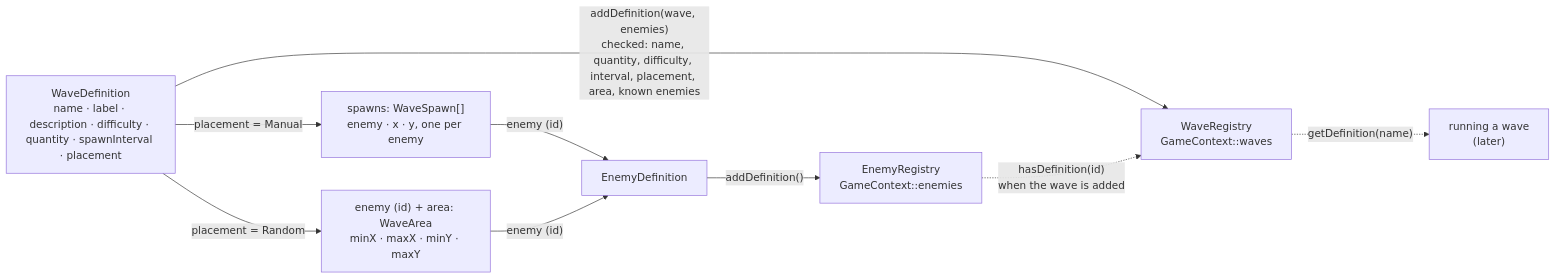
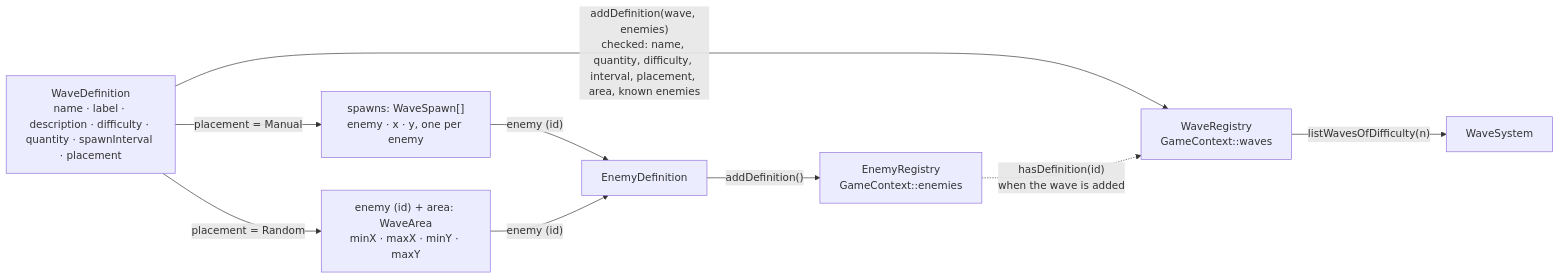
Before and after one commit to Akinator31/Rtype: the eighth of 10 diagrams in docs/architecture/game.md, drawn with Mermaid. The commit also changed other lines of this file and 3 other files, not shown here.

````diff
--- a/docs/architecture/game.md
+++ b/docs/architecture/game.md
@@ -361,12 +401,12 @@
 ```mermaid
 flowchart LR
     Def["WaveDefinition<br/>name · label · description · difficulty · quantity · spawnInterval · placement"]
     Def -- "placement = Manual" --> Spawns["spawns: WaveSpawn[]<br/>enemy · x · y, one per enemy"]
     Def -- "placement = Random" --> Rand["enemy (id) + area: WaveArea<br/>minX · maxX · minY · maxY"]
     Def -- "addDefinition(wave, enemies)<br/>checked: name, quantity, difficulty, interval, placement, area, known enemies" --> Reg["WaveRegistry<br/>GameContext::waves"]
     Spawns -- "enemy (id)" --> EDef["EnemyDefinition"]
     Rand -- "enemy (id)" --> EDef
     EDef -- "addDefinition()" --> EReg["EnemyRegistry<br/>GameContext::enemies"]
     EReg -. "hasDefinition(id)<br/>when the wave is added" .-> Reg
-    Reg -. "getDefinition(name)" .-> Run["running a wave<br/>(later)"]
+    Reg -- "listWavesOfDifficulty(n)" --> Run["WaveSystem"]
 ```
````
